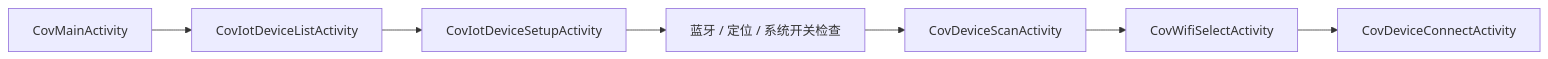
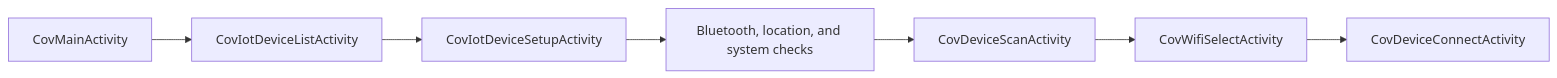
One commit to Shengwang-Community/Conversational-AI-Demo changed the fifth of 6 diagrams in Android/ARCHITECTURE.md. Above: the diagram before and after it, drawn with Mermaid. The commit also changed other lines of this file and 69 other files, not shown here.

````diff
--- a/Android/ARCHITECTURE.md
+++ b/Android/ARCHITECTURE.md
@@ -104,9 +117,9 @@
 ```mermaid
 flowchart LR
-  main["CovMainActivity"] --> deviceList["CovIotDeviceListActivity"]
-  deviceList --> setup["CovIotDeviceSetupActivity"]
-  setup --> perms["蓝牙 / 定位 / 系统开关检查"]
-  perms --> scan["CovDeviceScanActivity"]
+  main["CovMainActivity"] --> list["CovIotDeviceListActivity"]
+  list --> setup["CovIotDeviceSetupActivity"]
+  setup --> checks["Bluetooth, location, and system checks"]
+  checks --> scan["CovDeviceScanActivity"]
   scan --> wifi["CovWifiSelectActivity"]
   wifi --> connect["CovDeviceConnectActivity"]
 ```
````
